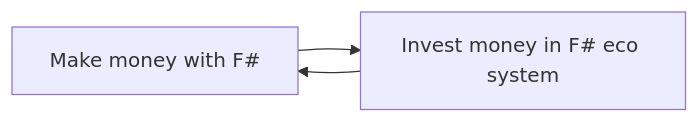
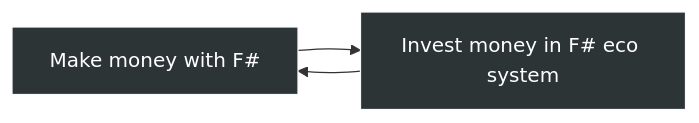
The diagram in src/homepage/misssion.mmd (amplifying-fsharp/amplifying-fsharp.github.io), drawn with Mermaid before and after one commit. The commit also changed 5 other files, not shown here.

Commit message:
Add call to action button on home page. Style diagrams.

```diff
--- a/src/homepage/misssion.mmd
+++ b/src/homepage/misssion.mmd
@@ -1,5 +1,7 @@
 graph LR
     A["Make money with F#"]
     B["Invest money in F# eco system"]
     A --> B
     B --> A
+    style A fill:#2d3436,stroke:#F8F9FA,color:#FFF
+    style B fill:#2d3436,stroke:#F8F9FA,color:#FFF
```
